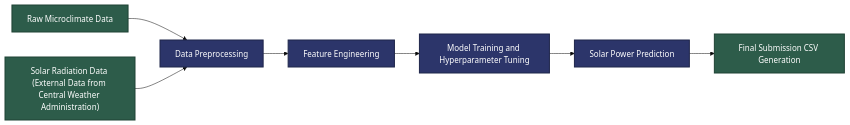
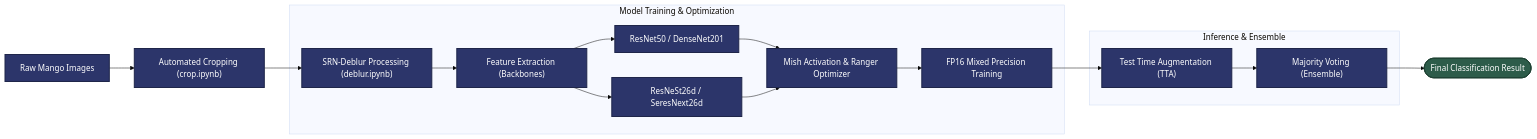
The diagram in README.md (schaof/AI-Cup-2020-Mango-Image-Classification), drawn with Mermaid (base theme) before and after one commit.

````diff
--- a/README.md
+++ b/README.md
@@ -5,19 +5,29 @@
 ```mermaid
 graph LR
-        A["Raw Microclimate Data"]
-        B["Solar Radiation Data (External Data from Central Weather Administration)"]
-        A --> C["Data Preprocessing"]
-        B --> C
-        C --> D["Feature Engineering"]
-        D --> E["Model Training and Hyperparameter Tuning"]
-        E --> F["Solar Power Prediction"]
-        F --> G["Final Submission CSV Generation"]
+    A["Raw Mango Images"] --> B["Automated Cropping (crop.ipynb)"]
+    B --> C["SRN-Deblur Processing (deblur.ipynb)"]
+    
+    subgraph Training_Phase["Model Training & Optimization"]
+        C --> D["Feature Extraction (Backbones)"]
+        D --> E["ResNet50 / DenseNet201"]
+        D --> F["ResNeSt26d / SeresNext26d"]
+        E --> G["Mish Activation & Ranger Optimizer"]
+        F --> G
+        G --> H["FP16 Mixed Precision Training"]
+    end
 
-%% 視覺設定：定義企業級深色主題 (深色背景 + 白字避免無法閱讀)
-        classDef premiumBlue fill:#2C356A,stroke:#1F264A,stroke-width:2px,color:#ffffff
-        classDef premiumGreen fill:#2D5C4A,stroke:#1F4234,stroke-width:2px,color:#ffffff
+    subgraph Inference_Phase["Inference & Ensemble"]
+        H --> I["Test Time Augmentation (TTA)"]
+        I --> J["Majority Voting (Ensemble)"]
+    end
+    
+    J --> K(["Final Classification Result"])
 
-        %% 套用配色：主流程使用藍色，最終產出使用綠色
-        class C,D,E,F premiumBlue
-        class A,B,G premiumGreen
+    %% 視覺設定：定義企業級深色主題
+    classDef premiumBlue fill:#2C356A,stroke:#1F264A,stroke-width:2px,color:#ffffff
+    classDef premiumGreen fill:#2D5C4A,stroke:#1F4234,stroke-width:2px,color:#ffffff
+
+    %% 套用配色
+    class A,B,C,D,E,F,G,H,I,J premiumBlue
+    class K premiumGreen
 ```
````
